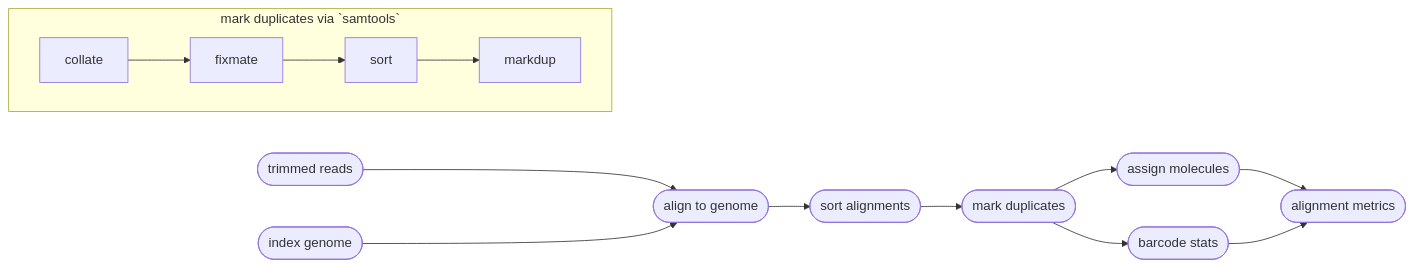
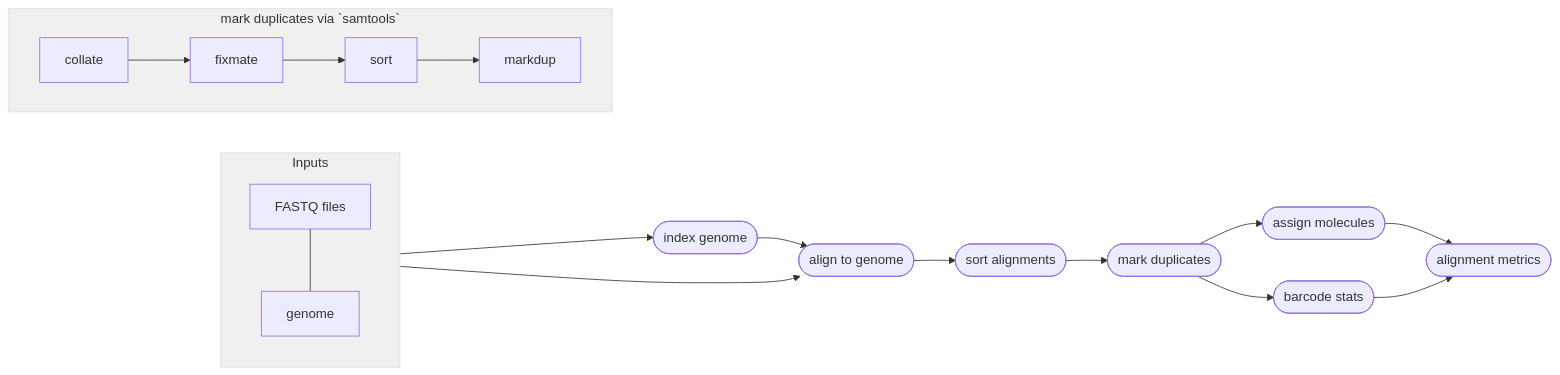
Before and after one commit to pdimens/harpy: the diagram in Modules/Align/minimap.md, drawn with Mermaid. The commit also changed 10 other files, not shown here.

Commit message:
make all the mermaids nicer

````diff
--- a/Modules/Align/minimap.md
+++ b/Modules/Align/minimap.md
@@ -92,17 +92,22 @@
 ```mermaid
 graph LR
-    Z([trimmed reads]) --> B
     A([index genome]) --> B([align to genome])
     B-->C([sort alignments])
     C-->D([mark duplicates])
     D-->E([assign molecules])
     E-->F([alignment metrics])
     D-->G([barcode stats])
     G-->F
+    subgraph aln [Inputs]
+        Z[FASTQ files]---genome[genome]
+    end
+    aln-->B & A
     subgraph markdp [mark duplicates via `samtools`]
         direction LR
         collate-->fixmate
         fixmate-->sort
         sort-->markdup
     end
+    style markdp fill:#f0f0f0,stroke:#e8e8e8,stroke-width:2px
+    style aln fill:#f0f0f0,stroke:#e8e8e8,stroke-width:2px
 ```
````
